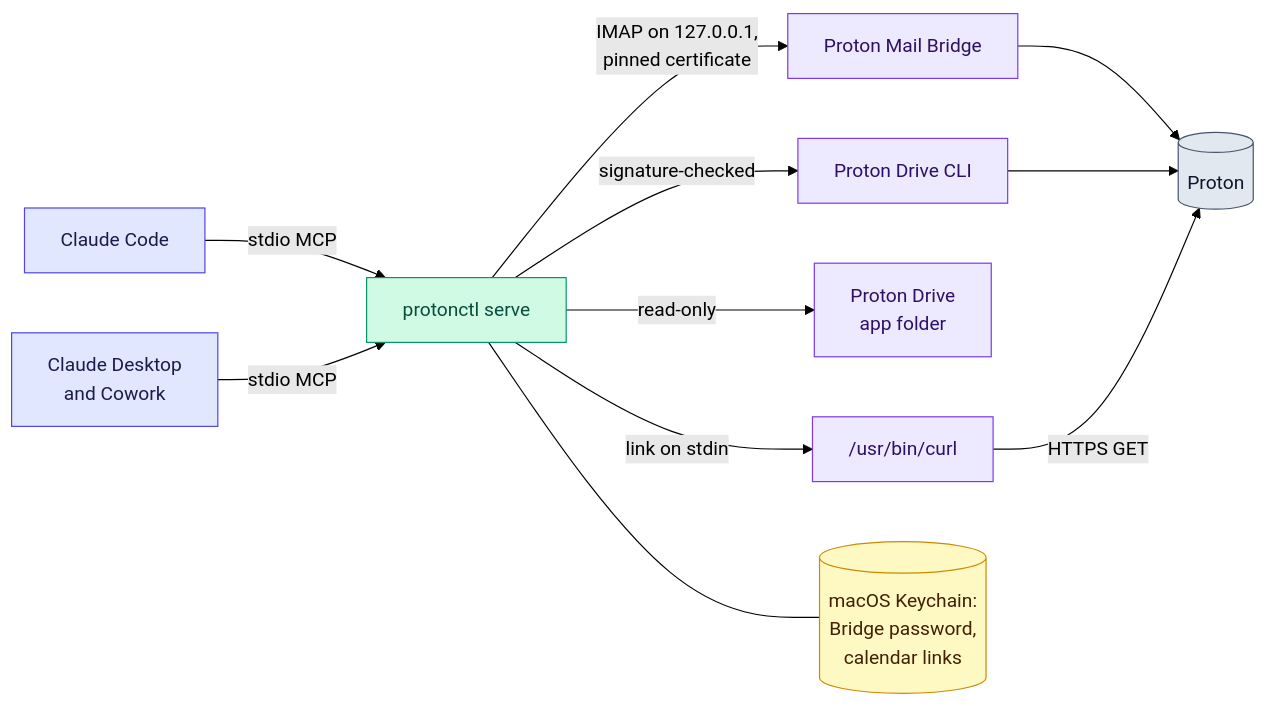
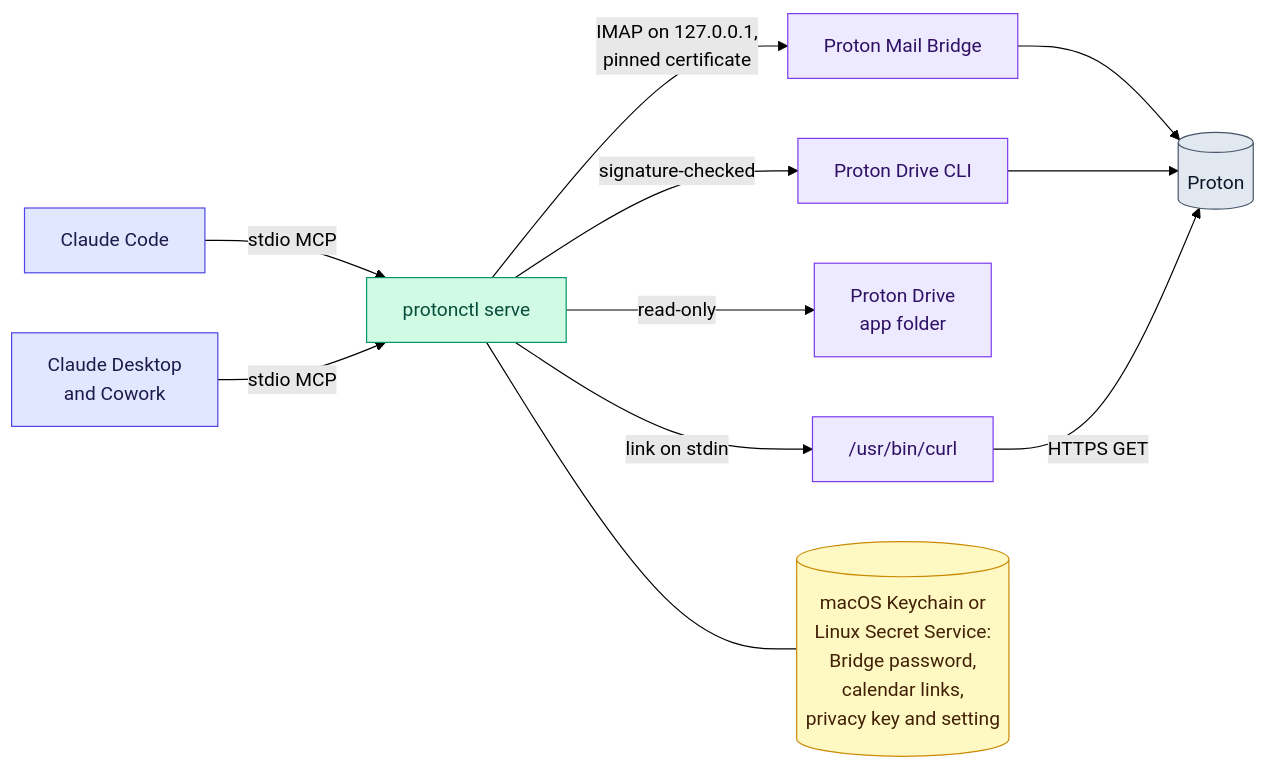
One commit to matt-w-horn/protonctl changed the diagram in README.md. Above: the diagram before and after it, drawn with Mermaid (forest theme). The commit also changed 6 other files, not shown here.

````diff
--- a/README.md
+++ b/README.md
@@ -25,24 +25,24 @@
 ```mermaid
 flowchart LR
     CC["Claude Code"] -->|"stdio MCP"| P["protonctl serve"]
     CD["Claude Desktop<br/>and Cowork"] -->|"stdio MCP"| P
     P -->|"IMAP on 127.0.0.1,<br/>pinned certificate"| B["Proton Mail Bridge"]
     P -->|"signature-checked"| CLI["Proton Drive CLI"]
     P -->|"read-only"| DF["Proton Drive<br/>app folder"]
     P -->|"link on stdin"| CURL["/usr/bin/curl"]
-    P --- KC[("macOS Keychain:<br/>Bridge password,<br/>calendar links")]
+    P --- KC[("macOS Keychain or<br/>Linux Secret Service:<br/>Bridge password,<br/>calendar links,<br/>privacy key and setting")]
     B --> API[("Proton")]
     CLI --> API
     CURL -->|"HTTPS GET"| API
 
     classDef host fill:#E0E7FF,stroke:#4F46E5,color:#1E1B4B
     classDef core fill:#D1FAE5,stroke:#059669,color:#064E3B
     classDef prot fill:#EDE9FE,stroke:#7C3AED,color:#2E1065
     classDef store fill:#FEF9C3,stroke:#CA8A04,color:#422006
     classDef ext fill:#E2E8F0,stroke:#475569,color:#0F172A
     class CC,CD host
     class P core
     class B,CLI,DF,CURL prot
     class KC store
     class API ext
 ```
````
